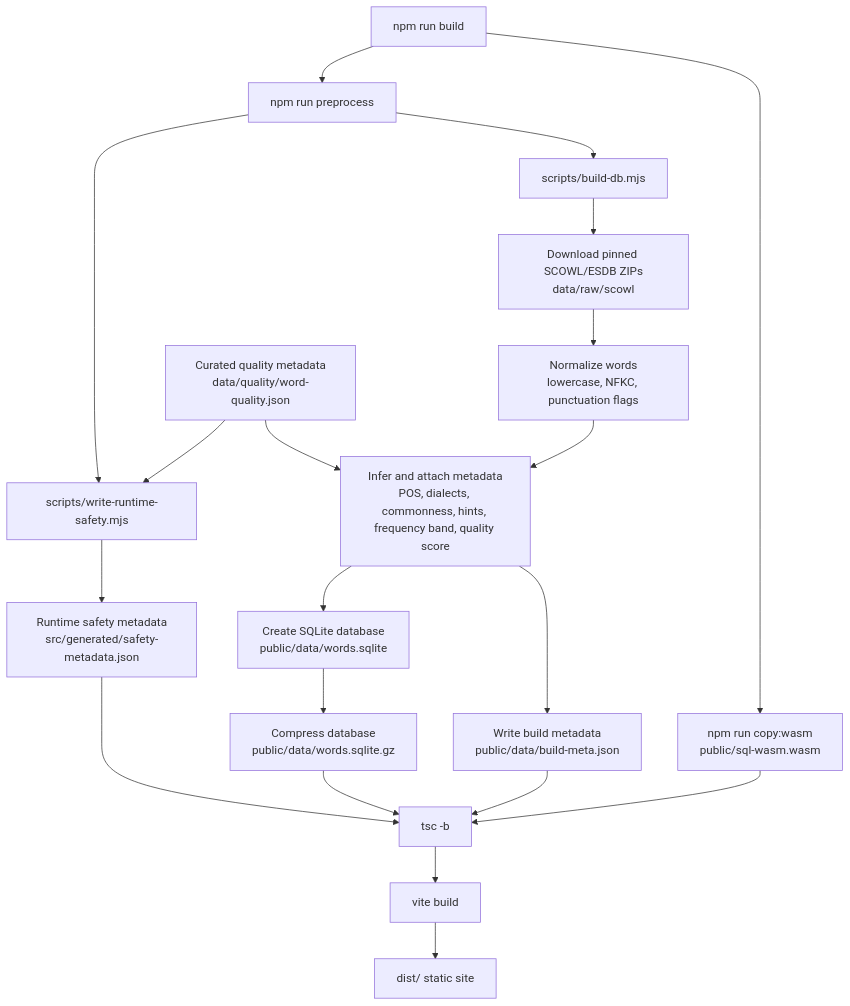
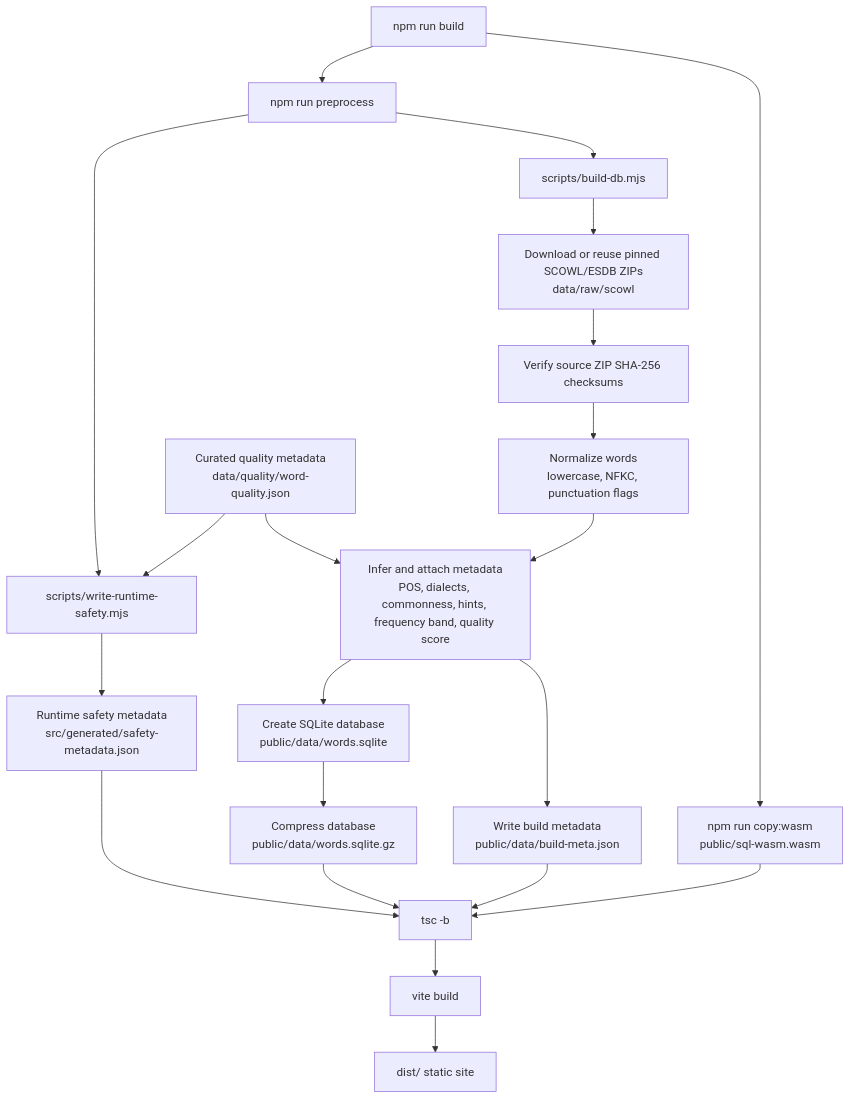
The second of 14 diagrams in docs/architecture.md (danysdragons/random-words), drawn with Mermaid before and after one commit. The commit also changed other lines of this file and 11 other files, not shown here.

````diff
--- a/docs/architecture.md
+++ b/docs/architecture.md
@@ -59,39 +59,41 @@
 ```mermaid
 flowchart TD
   Start["npm run build"]
   Preprocess["npm run preprocess"]
   SafetyScript["scripts/write-runtime-safety.mjs"]
   RuntimeSafety["Runtime safety metadata<br/>src/generated/safety-metadata.json"]
   BuildDb["scripts/build-db.mjs"]
-  Download["Download pinned SCOWL/ESDB ZIPs<br/>data/raw/scowl"]
+  Download["Download or reuse pinned SCOWL/ESDB ZIPs<br/>data/raw/scowl"]
+  Checksum["Verify source ZIP SHA-256 checksums"]
   QualityJson["Curated quality metadata<br/>data/quality/word-quality.json"]
   Normalize["Normalize words<br/>lowercase, NFKC, punctuation flags"]
   Enrich["Infer and attach metadata<br/>POS, dialects, commonness, hints, frequency band, quality score"]
   SQLite["Create SQLite database<br/>public/data/words.sqlite"]
   SQLiteGzip["Compress database<br/>public/data/words.sqlite.gz"]
   Meta["Write build metadata<br/>public/data/build-meta.json"]
   CopyWasm["npm run copy:wasm<br/>public/sql-wasm.wasm"]
   Typecheck["tsc -b"]
   Vite["vite build"]
   Dist["dist/ static site"]
 
   Start --> Preprocess
   Preprocess --> SafetyScript
   Preprocess --> BuildDb
   QualityJson --> SafetyScript
   SafetyScript --> RuntimeSafety
   BuildDb --> Download
+  Download --> Checksum
   QualityJson --> Enrich
-  Download --> Normalize
+  Checksum --> Normalize
   Normalize --> Enrich
   Enrich --> SQLite
   SQLite --> SQLiteGzip
   Enrich --> Meta
   Start --> CopyWasm
   RuntimeSafety --> Typecheck
   SQLiteGzip --> Typecheck
   Meta --> Typecheck
   CopyWasm --> Typecheck
   Typecheck --> Vite
   Vite --> Dist
 ```
````
